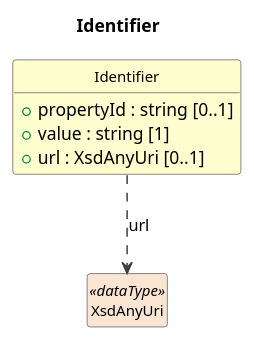
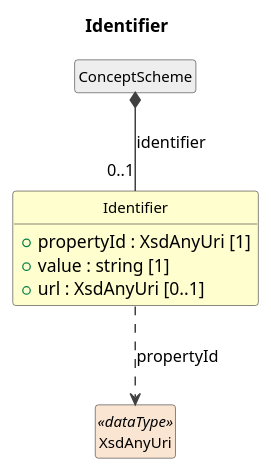
One commit to Cross-Domain-Interoperability-Framework/metadataBuildingBlocks changed the diagram in cdif-uml-model/_plantuml/cdifCodelist/Classes/Identifier.pu. Above: the diagram before and after it, drawn with PlantUML. The commit also changed 156 other files, not shown here.

First line of the commit message:
cdif-uml-model: regenerated CDIFCodelist (schema-aligned attributes)

```diff
--- a/cdif-uml-model/_plantuml/cdifCodelist/Classes/Identifier.pu
+++ b/cdif-uml-model/_plantuml/cdifCodelist/Classes/Identifier.pu
@@ -1,21 +1,23 @@
 @startuml
 title Identifier
 hide circle
 hide empty members
 skinparam shadowing false
 skinparam ArrowThickness 1.2
 skinparam class {
   ArrowColor #404040
   BorderColor #404040
   FontSize 12
 }
 
 class "Identifier" as Identifier #FEFECE {
-  +propertyId : string [0..1]
+  +propertyId : XsdAnyUri [1]
   +value : string [1]
   +url : XsdAnyUri [0..1]
 }
+class "ConceptScheme" as ConceptScheme #EEEEEE
+ConceptScheme *-- "0..1" Identifier : identifier
 class "XsdAnyUri" as XsdAnyUri <<dataType>> #FAE5D3
-Identifier ..> XsdAnyUri : url
+Identifier ..> XsdAnyUri : propertyId
 
 @enduml
```
